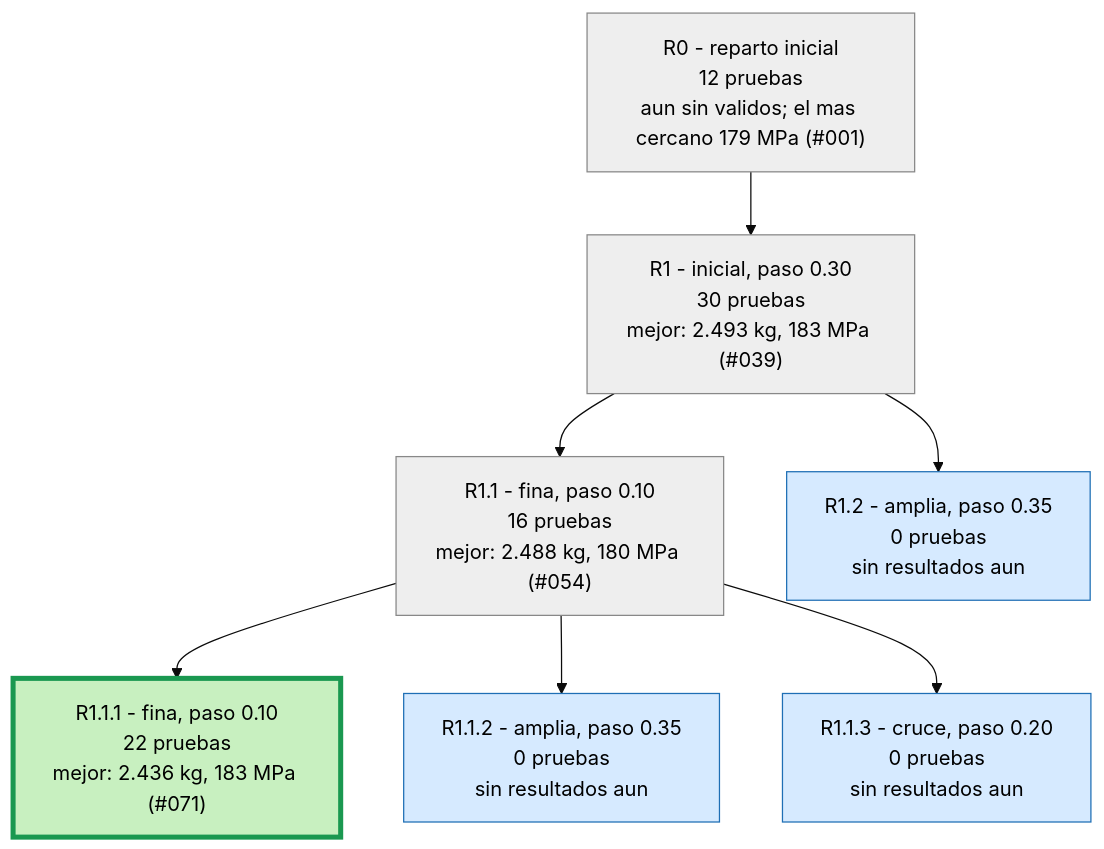
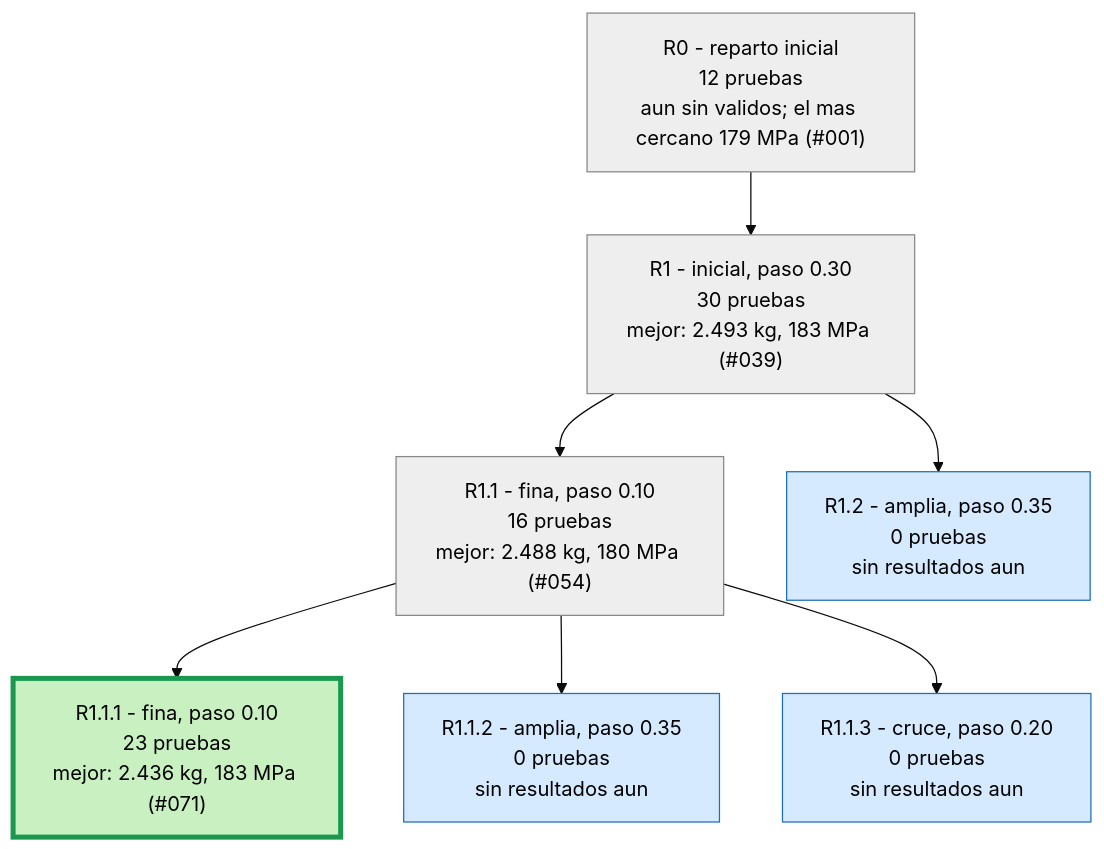
The second of 3 diagrams in runs/opt_37800N/ARBOL.md (Hugiko/msd-soporte-optimizacion), drawn with Mermaid (base theme) before and after one commit. The commit also changed 22 other files, not shown here.

````diff
--- a/runs/opt_37800N/ARBOL.md
+++ b/runs/opt_37800N/ARBOL.md
@@ -25,19 +25,19 @@
 ```mermaid
 graph TD
 classDef activa fill:#d6eaff,stroke:#1f6fb5,color:#000
 classDef fin fill:#eeeeee,stroke:#888,color:#000
 classDef mejor fill:#c8f0c0,stroke:#1a9850,stroke-width:4px,color:#000
 R0["R0 - reparto inicial<br/>12 pruebas<br/>aun sin validos; el mas cercano 179 MPa (#001)"]:::fin
 R1["R1 - inicial, paso 0.30<br/>30 pruebas<br/>mejor: 2.493 kg, 183 MPa (#039)"]:::fin
 R0 --> R1
 R1_1["R1.1 - fina, paso 0.10<br/>16 pruebas<br/>mejor: 2.488 kg, 180 MPa (#054)"]:::fin
 R1 --> R1_1
 R1_2["R1.2 - amplia, paso 0.35<br/>0 pruebas<br/>sin resultados aun"]:::activa
 R1 --> R1_2
-R1_1_1["R1.1.1 - fina, paso 0.10<br/>22 pruebas<br/>mejor: 2.436 kg, 183 MPa (#071)"]:::mejor
+R1_1_1["R1.1.1 - fina, paso 0.10<br/>23 pruebas<br/>mejor: 2.436 kg, 183 MPa (#071)"]:::mejor
 R1_1 --> R1_1_1
 R1_1_2["R1.1.2 - amplia, paso 0.35<br/>0 pruebas<br/>sin resultados aun"]:::activa
 R1_1 --> R1_1_2
 R1_1_3["R1.1.3 - cruce, paso 0.20<br/>0 pruebas<br/>sin resultados aun"]:::activa
 R1_1 --> R1_1_3
 ```
````
